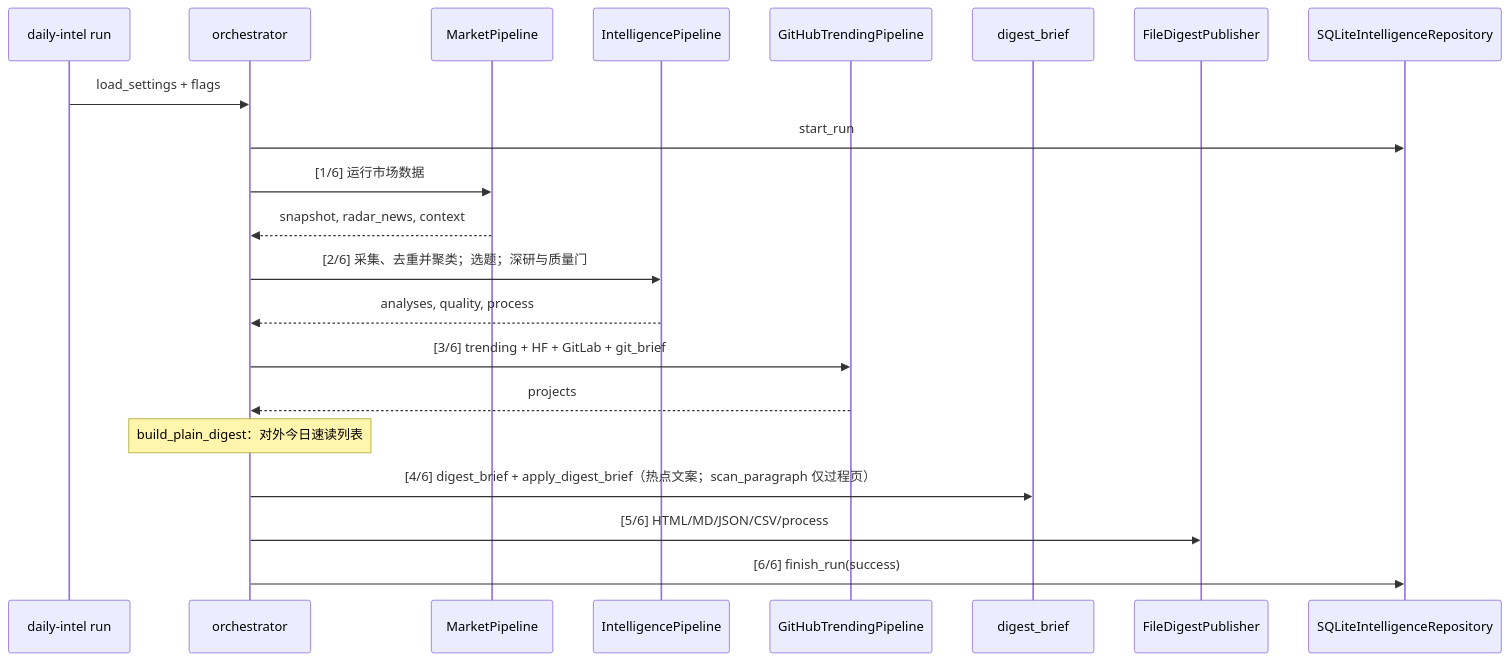
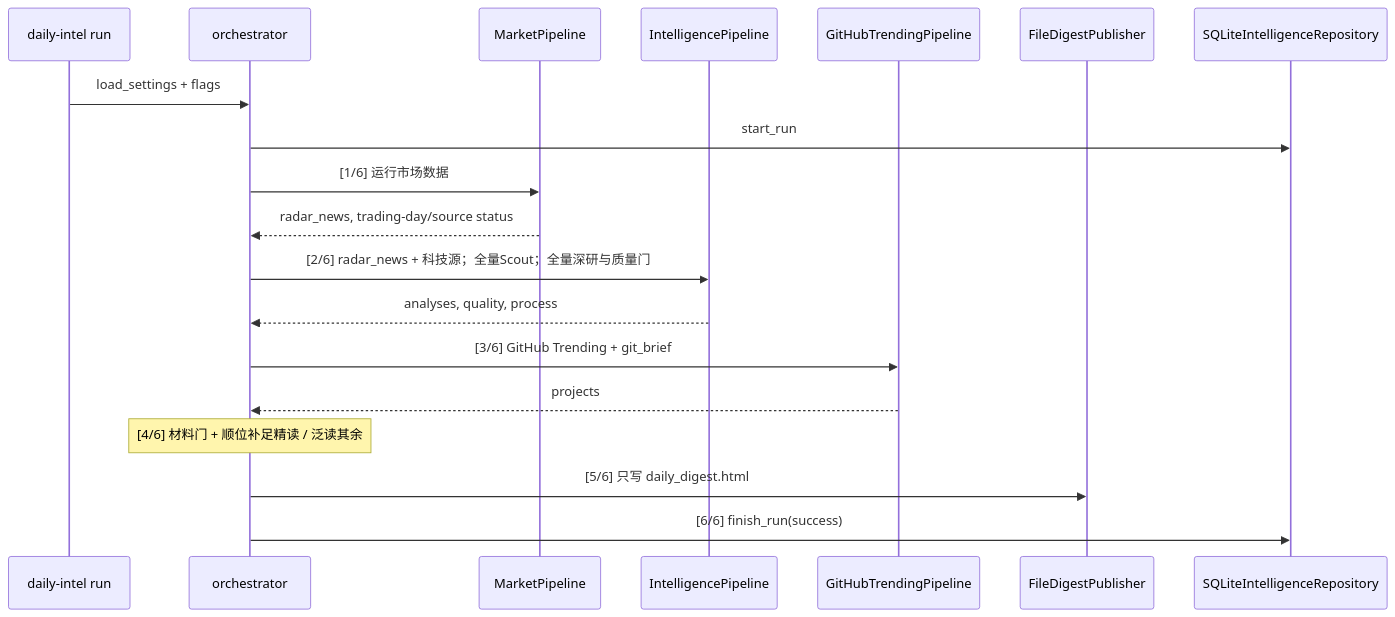
Before and after one commit to lemon08x/daily-tech-intelligence: the diagram in docs/design.md, drawn with Mermaid. The commit also changed other lines of this file and 41 other files, not shown here.

````diff
--- a/docs/design.md
+++ b/docs/design.md
@@ -193,24 +184,22 @@
 ```mermaid
 sequenceDiagram
     participant CLI as daily-intel run
     participant Orch as orchestrator
     participant Mkt as MarketPipeline
     participant Intel as IntelligencePipeline
     participant Git as GitHubTrendingPipeline
-    participant Brief as digest_brief
     participant Pub as FileDigestPublisher
     participant Repo as SQLiteIntelligenceRepository
 
     CLI->>Orch: load_settings + flags
     Orch->>Repo: start_run
     Orch->>Mkt: [1/6] 运行市场数据
-    Mkt-->>Orch: snapshot, radar_news, context
-    Orch->>Intel: [2/6] 采集、去重并聚类；选题；深研与质量门
+    Mkt-->>Orch: radar_news, trading-day/source status
+    Orch->>Intel: [2/6] radar_news + 科技源；全量Scout；全量深研与质量门
     Intel-->>Orch: analyses, quality, process
-    Orch->>Git: [3/6] trending + HF + GitLab + git_brief
+    Orch->>Git: [3/6] GitHub Trending + git_brief
     Git-->>Orch: projects
-    Note over Orch: build_plain_digest：对外今日速读列表
-    Orch->>Brief: [4/6] digest_brief + apply_digest_brief（热点文案；scan_paragraph 仅过程页）
-    Orch->>Pub: [5/6] HTML/MD/JSON/CSV/process
+    Note over Orch: [4/6] 材料门 + 顺位补足精读 / 泛读其余
+    Orch->>Pub: [5/6] 只写 daily_digest.html
     Orch->>Repo: [6/6] finish_run(success)
 ```
````
